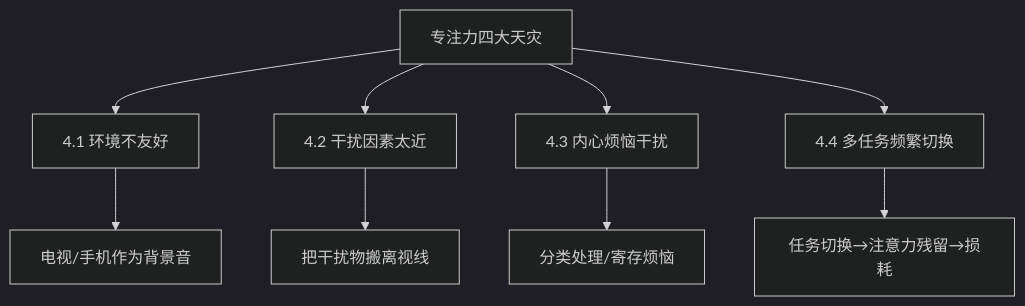
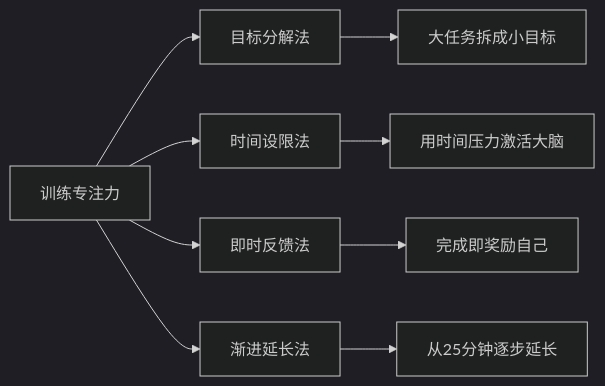
Before and after one commit to chongyang211/YCBookBlog: the fifth of 10 diagrams in 10.自我进阶提升书/07.底层思维的训练/7.1专注能力的提升.md, drawn with Mermaid (dark theme). The commit also changed other lines of this file and 6 other files, not shown here.

````diff
--- a/10.自我进阶提升书/07.底层思维的训练/7.1专注能力的提升.md
+++ b/10.自我进阶提升书/07.底层思维的训练/7.1专注能力的提升.md
@@ -70,11 +171,11 @@
 ```mermaid
-graph TD
-    A[专注力四大天灾] --> B[4.1 环境不友好]
-    A --> C[4.2 干扰因素太近]
-    A --> D[4.3 内心烦恼干扰]
-    A --> E[4.4 多任务频繁切换]
-    B --> B1[电视/手机作为背景音]
-    C --> C1[把干扰物搬离视线]
-    D --> D1[分类处理/寄存烦恼]
-    E --> E1[任务切换→注意力残留→损耗]
+graph LR
+    A[训练专注力] --> B[目标分解法]
+    A --> C[时间设限法]
+    A --> D[即时反馈法]
+    A --> E[渐进延长法]
+    B --> B1[大任务拆成小目标]
+    C --> C1[用时间压力激活大脑]
+    D --> D1[完成即奖励自己]
+    E --> E1[从25分钟逐步延长]
 ```
````
